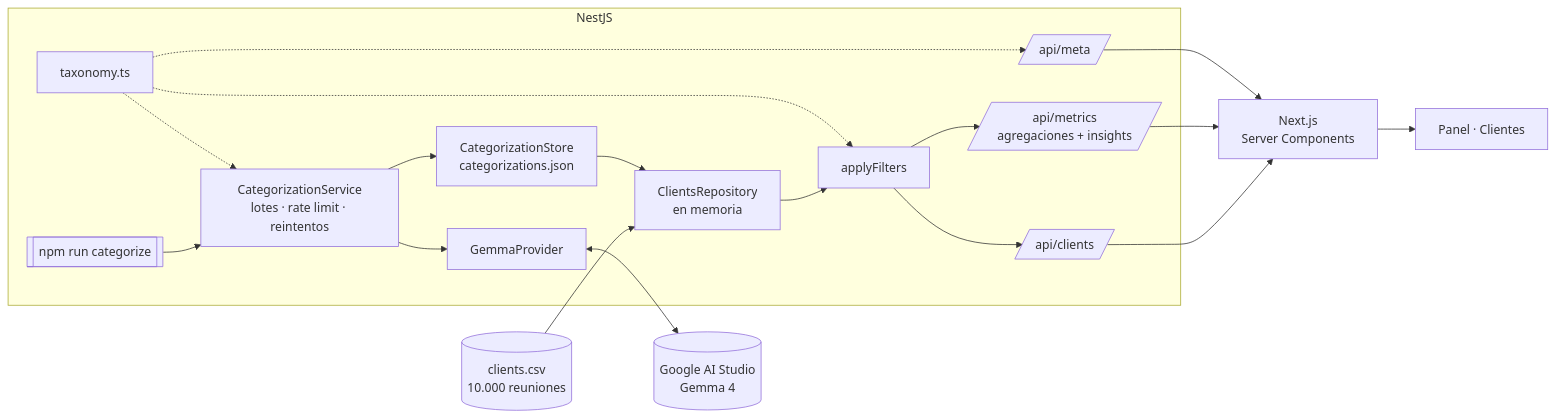
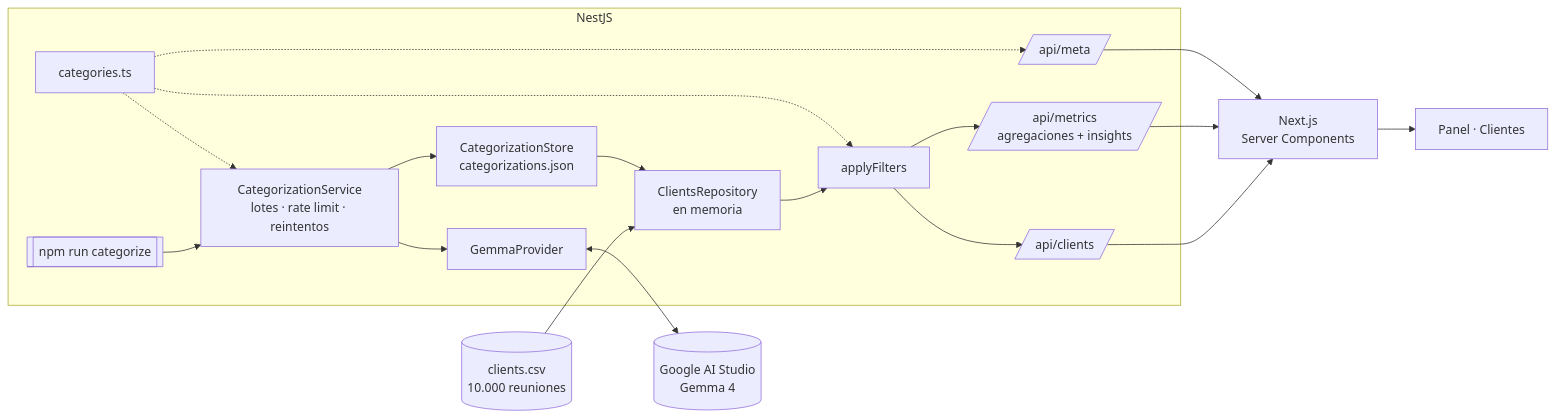
Before and after one commit to Witomi/vambe-homework: the diagram in docs/ARCHITECTURE.md, drawn with Mermaid. The commit also changed other lines of this file and 63 other files, not shown here.

````diff
--- a/docs/ARCHITECTURE.md
+++ b/docs/ARCHITECTURE.md
@@ -5,19 +5,19 @@
 ```mermaid
 flowchart LR
   CSV[(clients.csv<br/>10.000 reuniones)] --> Repo
   subgraph Backend [NestJS]
     Repo[ClientsRepository<br/>en memoria]
     Store[CategorizationStore<br/>categorizations.json]
     CLI[[npm run categorize]] --> Svc[CategorizationService<br/>lotes · rate limit · reintentos]
     Svc --> LLM[GemmaProvider]
     Svc --> Store
     Store --> Repo
     Repo --> Filters[applyFilters]
     Filters --> Clients[/api/clients/]
     Filters --> Metrics[/api/metrics<br/>agregaciones + insights/]
-    Tax[taxonomy.ts] -.-> Svc & Filters & Meta[/api/meta/]
+    Tax[categories.ts] -.-> Svc & Filters & Meta[/api/meta/]
   end
   LLM <--> Google[(Google AI Studio<br/>Gemma 4)]
   Clients & Metrics & Meta --> Next[Next.js<br/>Server Components]
   Next --> UI[Panel · Clientes]
 ```
````
